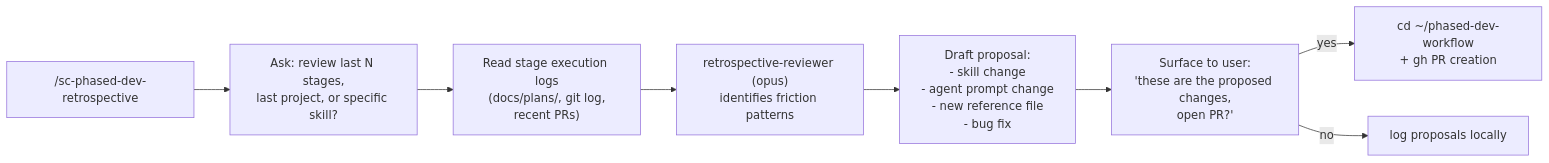
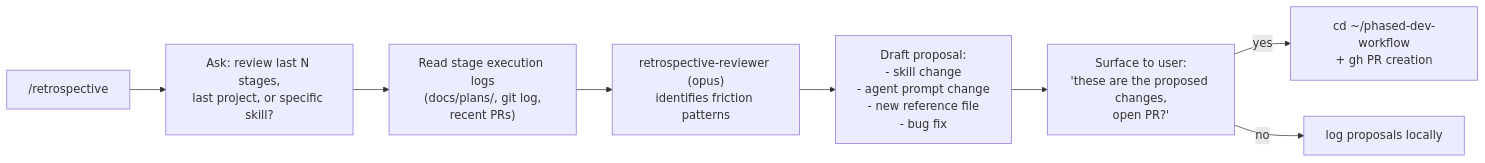
One commit to steve-piece/Stagecoach changed the diagram in skills/phased-dev-retrospective/SKILL.md. Above: the diagram before and after it, drawn with Mermaid. The commit also changed other lines of this file and 33 other files, not shown here.

````diff
--- a/skills/phased-dev-retrospective/SKILL.md
+++ b/skills/phased-dev-retrospective/SKILL.md
@@ -44,10 +44,10 @@
 ```mermaid
 flowchart LR
-  Invoke["/sc-phased-dev-retrospective"] --> Scope["Ask: review last N stages,<br/>last project, or specific skill?"]
+  Invoke["/retrospective"] --> Scope["Ask: review last N stages,<br/>last project, or specific skill?"]
   Scope --> Read["Read stage execution logs<br/>(docs/plans/, git log,<br/>recent PRs)"]
   Read --> Analyze["retrospective-reviewer (opus)<br/>identifies friction patterns"]
   Analyze --> Draft["Draft proposal:<br/>- skill change<br/>- agent prompt change<br/>- new reference file<br/>- bug fix"]
   Draft --> Confirm["Surface to user:<br/>'these are the proposed changes,<br/>open PR?'"]
   Confirm -->|yes| PR["cd ~/phased-dev-workflow<br/>+ gh PR creation"]
   Confirm -->|no| Done["log proposals locally"]
 ```
````
